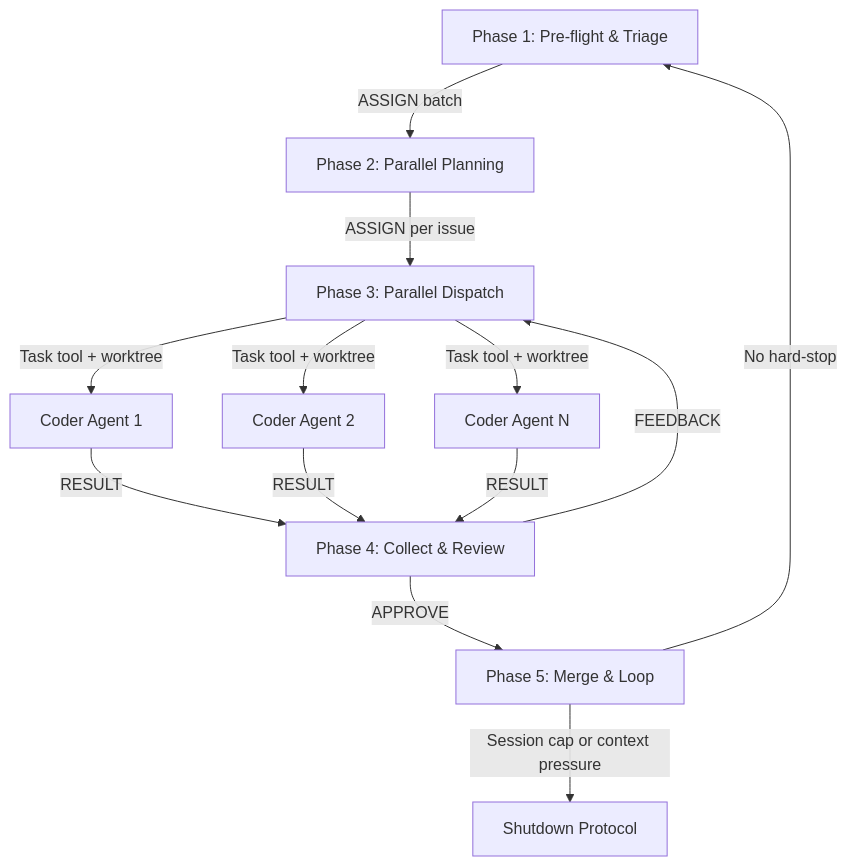
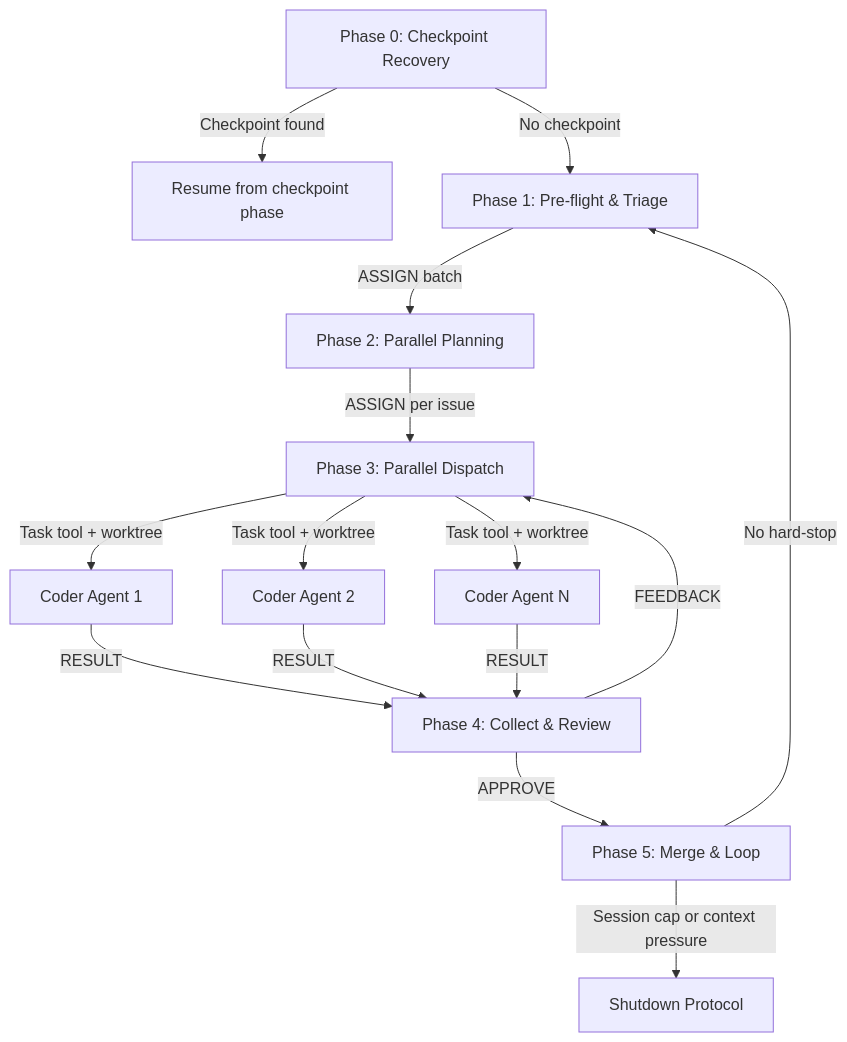
Before and after one commit to convergent-systems-co/dark-factory-governance: the diagram in governance/prompts/startup.md, drawn with Mermaid. The commit also changed other lines of this file and 2 other files, not shown here.

First line of the commit message:
feat: add checkpoint auto-recovery in startup loop (Phase 0) (#385)

````diff
--- a/governance/prompts/startup.md
+++ b/governance/prompts/startup.md
@@ -88,15 +88,17 @@
 ```mermaid
 flowchart TD
-    P1[Phase 1: Pre-flight & Triage] -->|ASSIGN batch| P2[Phase 2: Parallel Planning]
+    P0[Phase 0: Checkpoint Recovery] -->|Checkpoint found| RESUME[Resume from checkpoint phase]
+    P0 -->|No checkpoint| P1[Phase 1: Pre-flight & Triage]
+    P1 -->|ASSIGN batch| P2[Phase 2: Parallel Planning]
     P2 -->|ASSIGN per issue| P3[Phase 3: Parallel Dispatch]
     P3 -->|Task tool + worktree| C1[Coder Agent 1]
     P3 -->|Task tool + worktree| C2[Coder Agent 2]
     P3 -->|Task tool + worktree| C3[Coder Agent N]
     C1 -->|RESULT| P4[Phase 4: Collect & Review]
     C2 -->|RESULT| P4
     C3 -->|RESULT| P4
     P4 -->|APPROVE| P5[Phase 5: Merge & Loop]
     P4 -->|FEEDBACK| P3
     P5 -->|No hard-stop| P1
     P5 -->|Session cap or context pressure| STOP[Shutdown Protocol]
 ```
````
